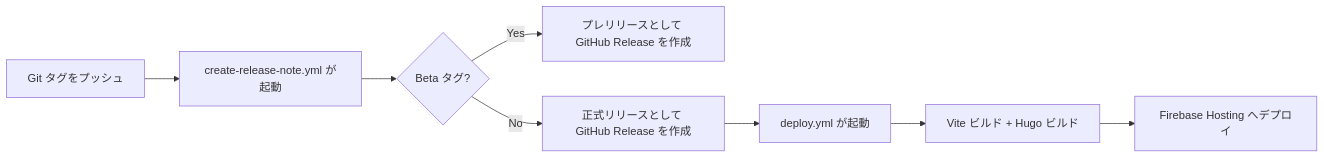
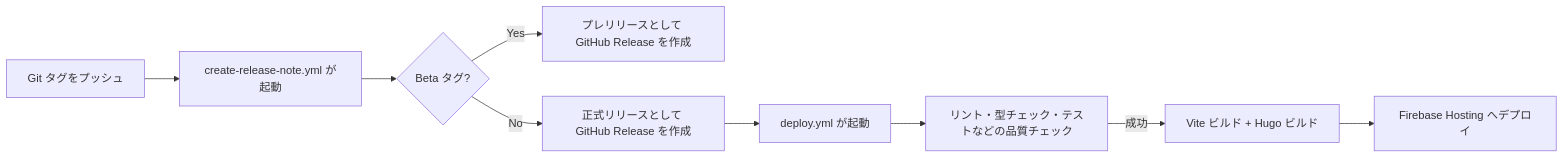
One commit to Bicpema/bicpema changed the diagram in docs/docs/release-flow.md. Above: the diagram before and after it, drawn with Mermaid. The commit also changed other lines of this file and 2 other files, not shown here.

````diff
--- a/docs/docs/release-flow.md
+++ b/docs/docs/release-flow.md
@@ -7,10 +7,11 @@
 ```mermaid
 flowchart LR
   A[Git タグをプッシュ] --> B[create-release-note.yml が起動]
   B --> C{Beta タグ?}
   C -- Yes --> D[プレリリースとして GitHub Release を作成]
   C -- No --> E[正式リリースとして GitHub Release を作成]
   E --> F[deploy.yml が起動]
-  F --> G[Vite ビルド + Hugo ビルド]
+  F --> V[リント・型チェック・テストなどの品質チェック]
+  V -- 成功 --> G[Vite ビルド + Hugo ビルド]
   G --> H[Firebase Hosting へデプロイ]
 ```
````
